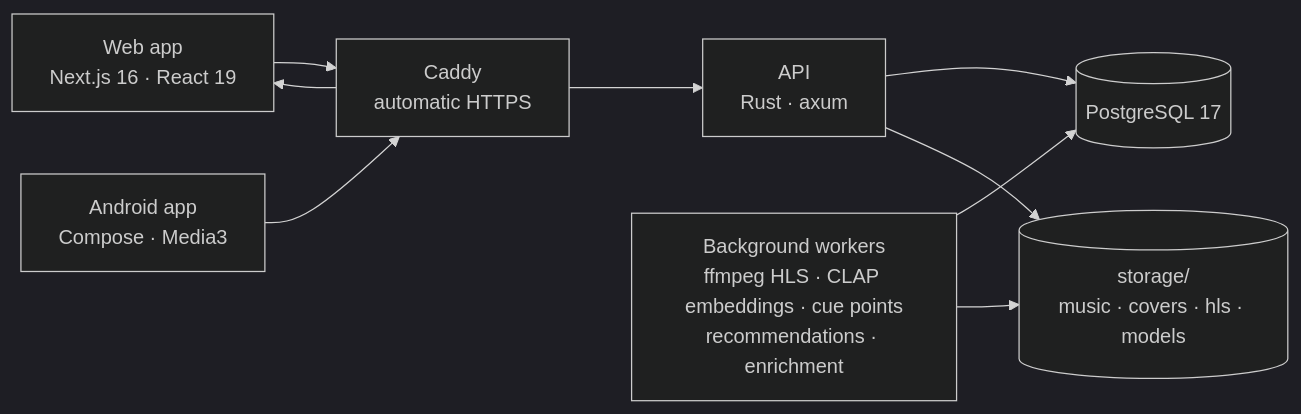
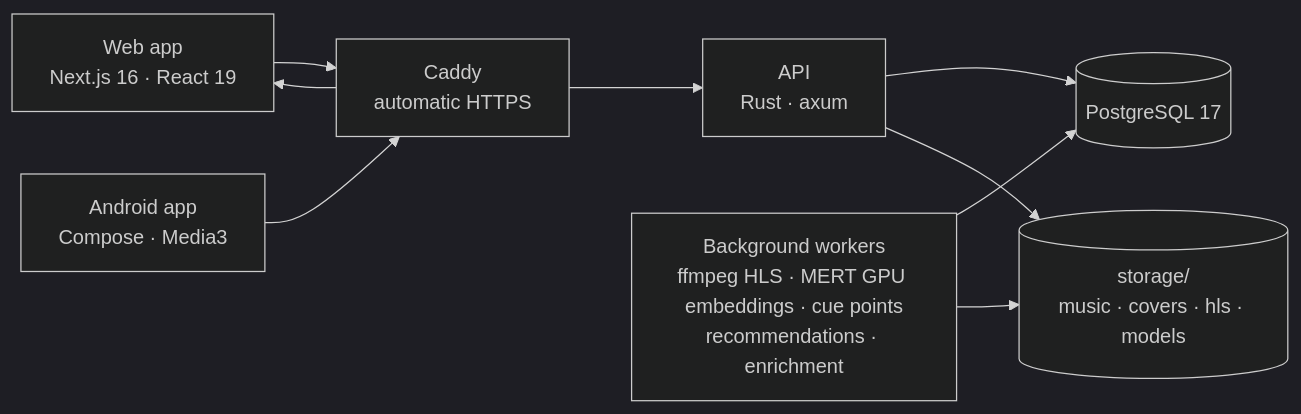
The diagram in README.md (BulatRuslanovich/caimack), drawn with Mermaid (dark theme) before and after one commit. The commit also changed other lines of this file and 81 other files, not shown here.

````diff
--- a/README.md
+++ b/README.md
@@ -156,19 +160,19 @@
 ```mermaid
 flowchart LR
     web["Web app<br/>Next.js 16 · React 19"]
     android["Android app<br/>Compose · Media3"]
     caddy["Caddy<br/>automatic HTTPS"]
     api["API<br/>Rust · axum"]
-    workers["Background workers<br/>ffmpeg HLS · CLAP embeddings · cue points<br/>recommendations · enrichment"]
+    workers["Background workers<br/>ffmpeg HLS · MERT GPU embeddings · cue points<br/>recommendations · enrichment"]
     db[("PostgreSQL 17")]
     disk[("storage/<br/>music · covers · hls · models")]
 
     web --> caddy
     android --> caddy
     caddy --> api
     caddy --> web
     api --> db
     api --> disk
     workers --> db
     workers --> disk
 ```
````
